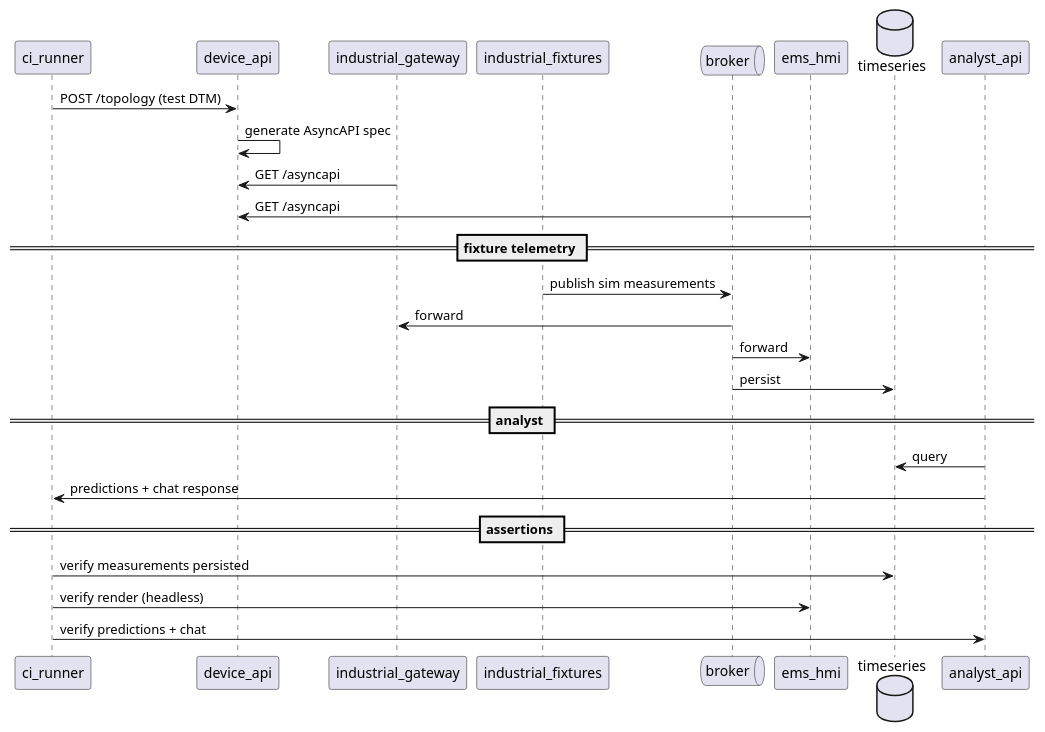
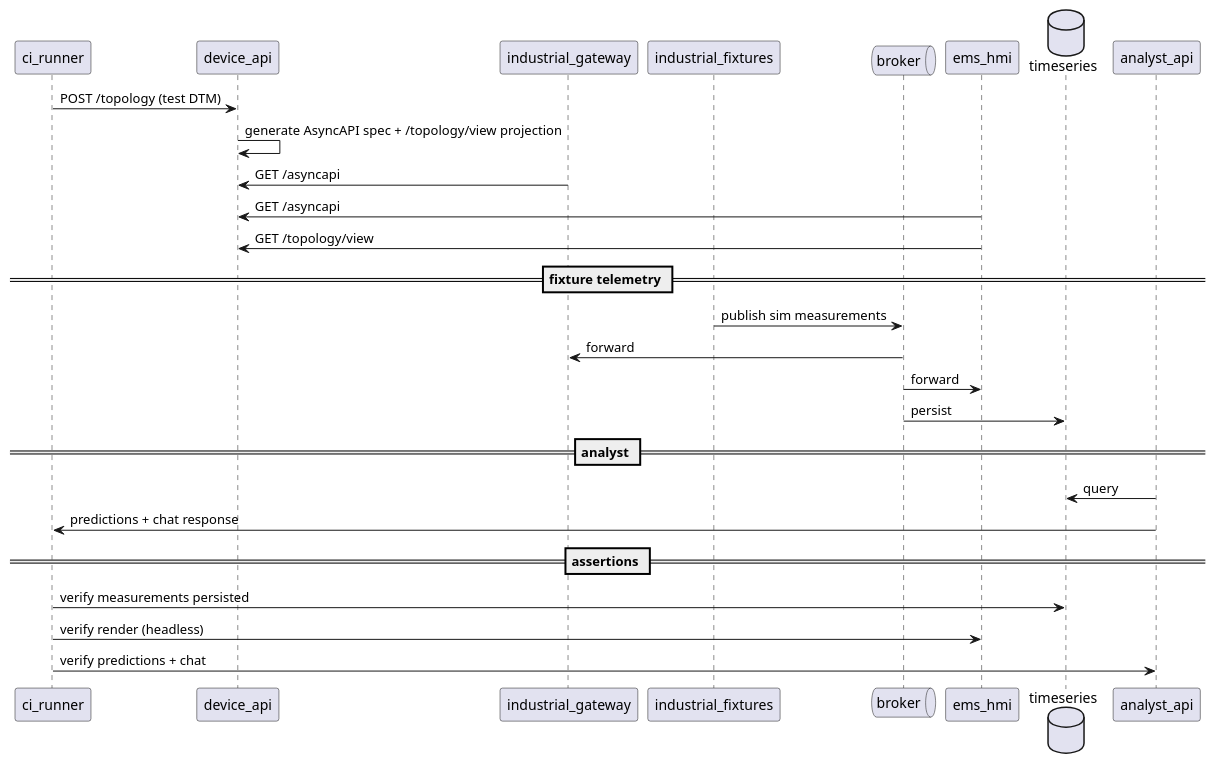
One commit to arcnode-io/ems changed the sixth of 6 diagrams in readme.md. Above: the diagram before and after it, drawn with PlantUML. The commit also changed other lines of this file and 2 other files, not shown here.

````diff
--- a/readme.md
+++ b/readme.md
@@ -219,31 +218,32 @@
 ```plantuml
 participant ci_runner
 participant device_api
 participant industrial_gateway
 participant industrial_fixtures
 queue broker
 participant ems_hmi
 database timeseries
 participant analyst_api
 
 ci_runner -> device_api: POST /topology (test DTM)
-device_api -> device_api: generate AsyncAPI spec
+device_api -> device_api: generate AsyncAPI spec + /topology/view projection
 
 industrial_gateway -> device_api: GET /asyncapi
 ems_hmi -> device_api: GET /asyncapi
+ems_hmi -> device_api: GET /topology/view
 
 == fixture telemetry ==
 industrial_fixtures -> broker: publish sim measurements
 broker -> industrial_gateway: forward
 broker -> ems_hmi: forward
 broker -> timeseries: persist
 
 == analyst ==
 analyst_api -> timeseries: query
 analyst_api -> ci_runner: predictions + chat response
 
 == assertions ==
 ci_runner -> timeseries: verify measurements persisted
 ci_runner -> ems_hmi: verify render (headless)
 ci_runner -> analyst_api: verify predictions + chat
 ```
````
